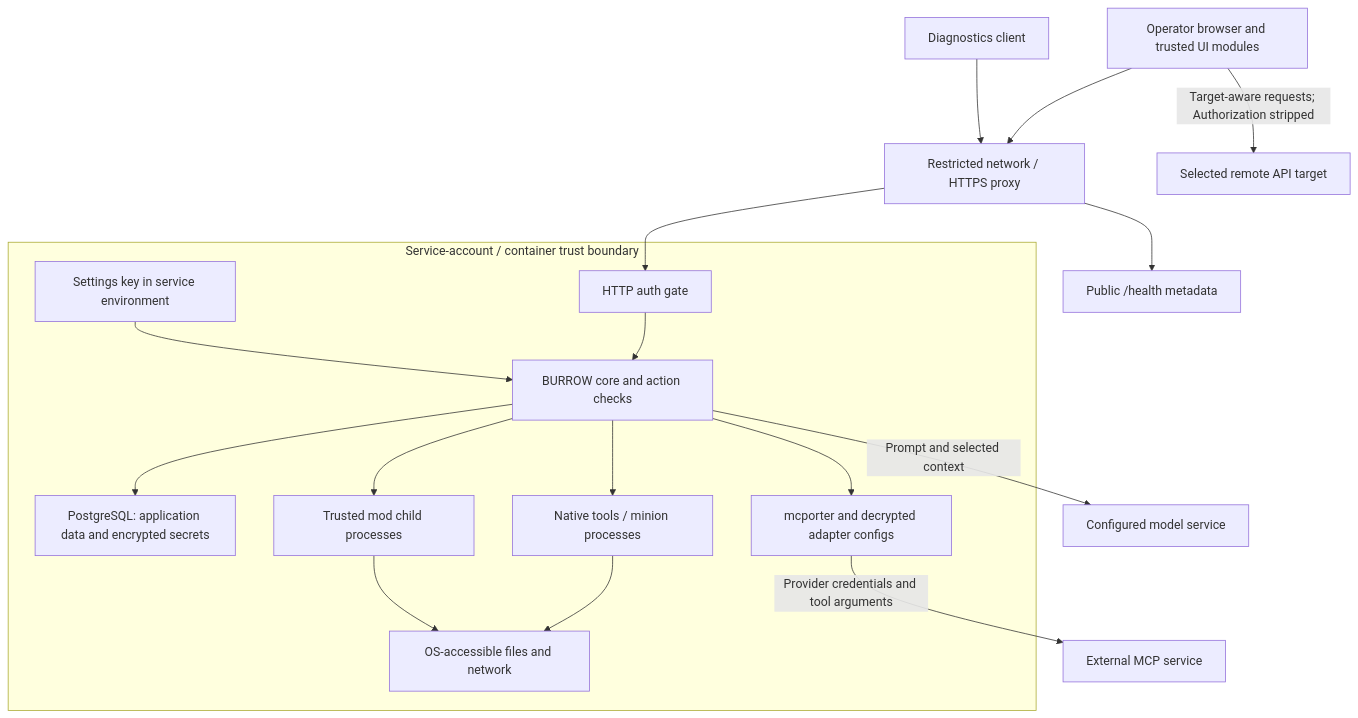
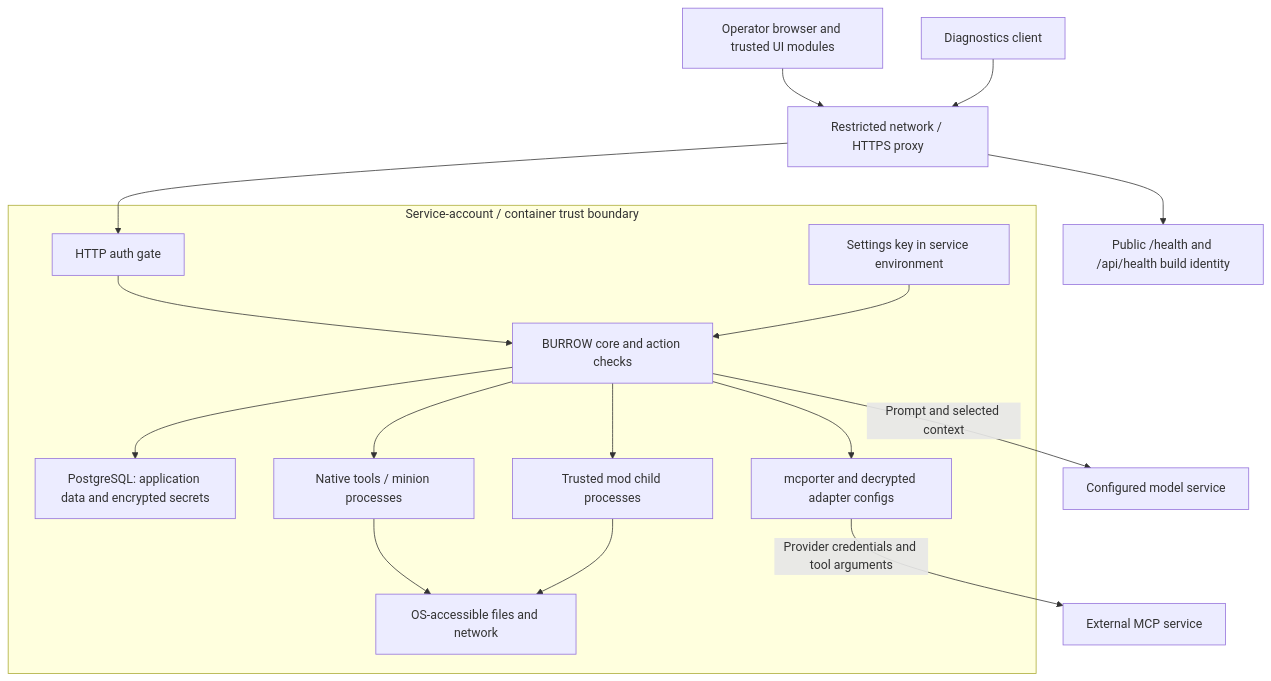
One commit to NightShaman/Burrow changed the diagram in docs/security/trust-boundaries.md. Above: the diagram before and after it, drawn with Mermaid. The commit also changed other lines of this file and 35 other files, not shown here.

````diff
--- a/docs/security/trust-boundaries.md
+++ b/docs/security/trust-boundaries.md
@@ -9,37 +9,35 @@
 ```mermaid
 flowchart TB
     browser["Operator browser and trusted UI modules"]
     monitor["Diagnostics client"]
     proxy["Restricted network / HTTPS proxy"]
-    publicHealth["Public /health metadata"]
-    remote["Selected remote API target"]
+    publicHealth["Public /health and /api/health build identity"]
     model["Configured model service"]
     provider["External MCP service"]
 
     subgraph host["Service-account / container trust boundary"]
         gate["HTTP auth gate"]
         core["BURROW core and action checks"]
         db["PostgreSQL: application data and encrypted secrets"]
         key["Settings key in service environment"]
         native["Native tools / minion processes"]
         mods["Trusted mod child processes"]
         adapter["mcporter and decrypted adapter configs"]
         files["OS-accessible files and network"]
         gate --> core
         key --> core
         core --> db
         core --> native
         core --> mods
         core --> adapter
         native --> files
         mods --> files
     end
 
     browser --> proxy
     monitor --> proxy
     proxy --> gate
     proxy --> publicHealth
-    browser -->|"Target-aware requests; Authorization stripped"| remote
     core -->|"Prompt and selected context"| model
     adapter -->|"Provider credentials and tool arguments"| provider
 ```
````
